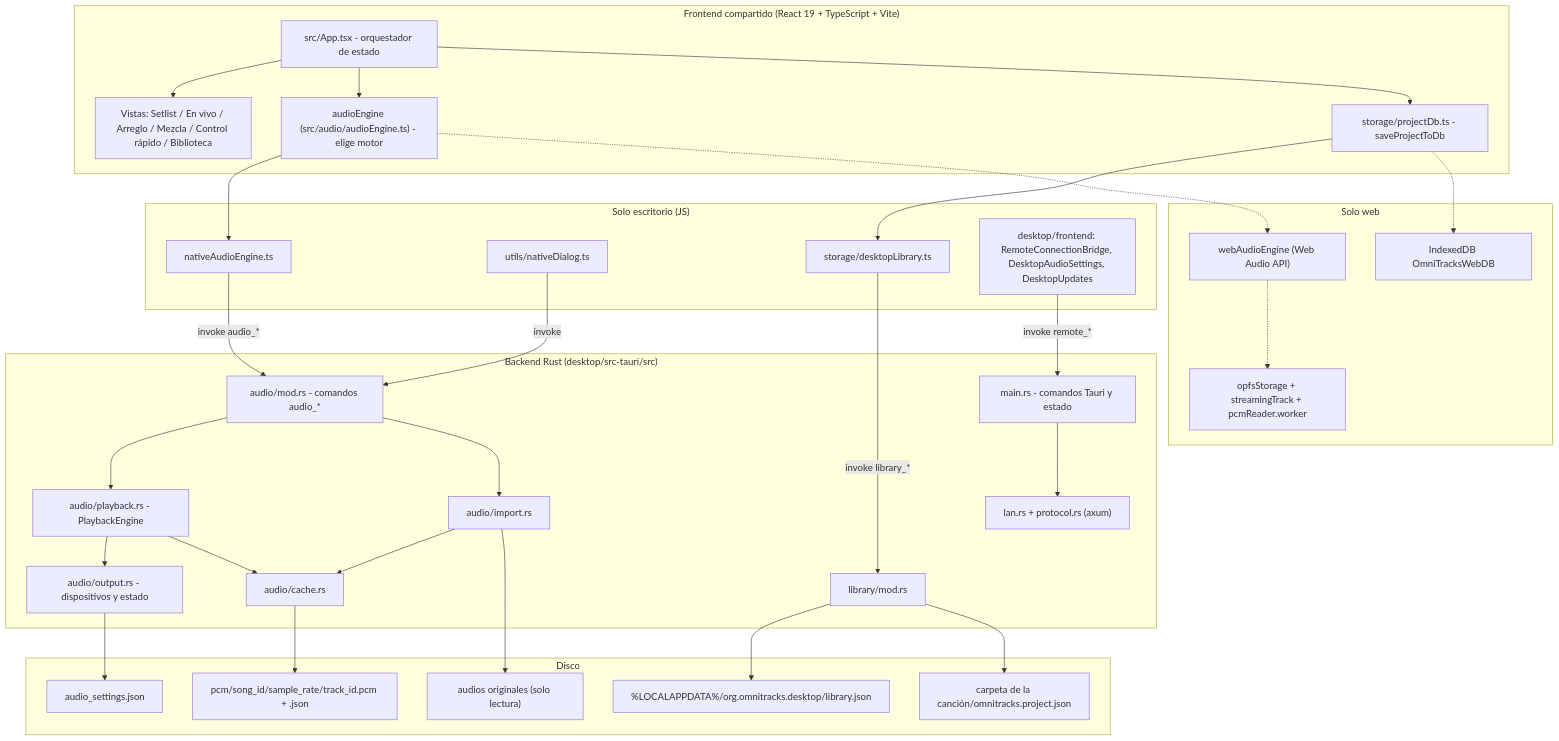
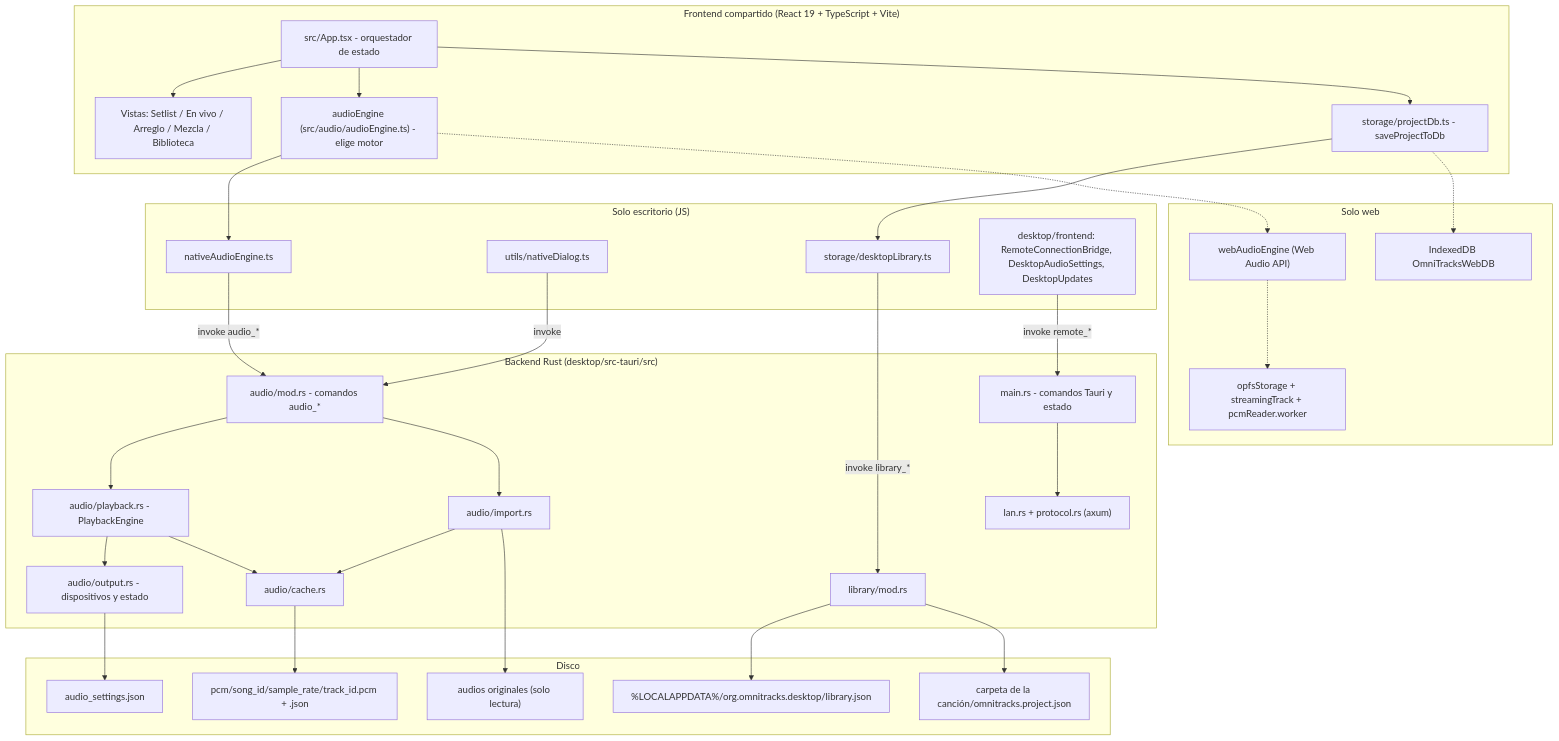
Before and after one commit to jnaguinix/multitrack-google: the first of 2 diagrams in Manual.md, drawn with Mermaid. The commit also changed other lines of this file and 4 other files, not shown here.

Commit message:
refactor(ui): quitar la página «Control rápido» y su vista

````diff
--- a/Manual.md
+++ b/Manual.md
@@ -35,65 +35,65 @@
 ```mermaid
 graph TD
     subgraph Frontend["Frontend compartido (React 19 + TypeScript + Vite)"]
         App["src/App.tsx - orquestador de estado"]
-        Views["Vistas: Setlist / En vivo / Arreglo / Mezcla / Control rápido / Biblioteca"]
+        Views["Vistas: Setlist / En vivo / Arreglo / Mezcla / Biblioteca"]
         Facade["audioEngine (src/audio/audioEngine.ts) - elige motor"]
         ProjectDb["storage/projectDb.ts - saveProjectToDb"]
     end
 
     subgraph DesktopJS["Solo escritorio (JS)"]
         NativeEngine["nativeAudioEngine.ts"]
         NativeDialog["utils/nativeDialog.ts"]
         DesktopLib["storage/desktopLibrary.ts"]
         DesktopUI["desktop/frontend: RemoteConnectionBridge, DesktopAudioSettings, DesktopUpdates"]
     end
 
     subgraph WebOnly["Solo web"]
         WebEngine["webAudioEngine (Web Audio API)"]
         Opfs["opfsStorage + streamingTrack + pcmReader.worker"]
         IDB["IndexedDB OmniTracksWebDB"]
     end
 
     subgraph Rust["Backend Rust (desktop/src-tauri/src)"]
         Main["main.rs - comandos Tauri y estado"]
         Lib["library/mod.rs"]
         AudioMod["audio/mod.rs - comandos audio_*"]
         Playback["audio/playback.rs - PlaybackEngine"]
         Output["audio/output.rs - dispositivos y estado"]
         Cache["audio/cache.rs"]
         Import["audio/import.rs"]
         Lan["lan.rs + protocol.rs (axum)"]
     end
 
     subgraph Disk["Disco"]
         LibJson["%LOCALAPPDATA%/org.omnitracks.desktop/library.json"]
         Settings["audio_settings.json"]
         Pcm["pcm/song_id/sample_rate/track_id.pcm + .json"]
         Sidecar["carpeta de la canción/omnitracks.project.json"]
         UserAudio["audios originales (solo lectura)"]
     end
 
     App --> Views
     App --> Facade
     App --> ProjectDb
     Facade --> NativeEngine
     Facade -.-> WebEngine
     ProjectDb --> DesktopLib
     ProjectDb -.-> IDB
     WebEngine -.-> Opfs
     NativeEngine -->|invoke audio_*| AudioMod
     NativeDialog -->|invoke| AudioMod
     DesktopLib -->|invoke library_*| Lib
     DesktopUI -->|invoke remote_*| Main
     Main --> Lan
     AudioMod --> Playback
     AudioMod --> Import
     Playback --> Output
     Playback --> Cache
     Import --> Cache
     Import --> UserAudio
     Cache --> Pcm
     Lib --> LibJson
     Lib --> Sidecar
     Output --> Settings
 ```
````
